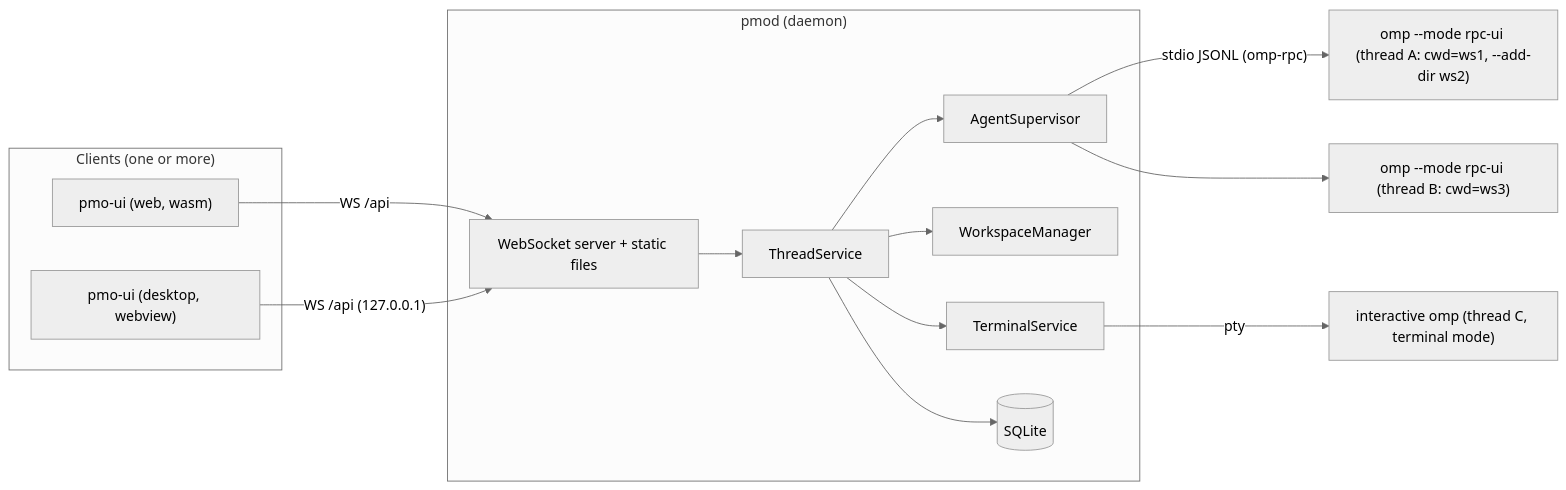
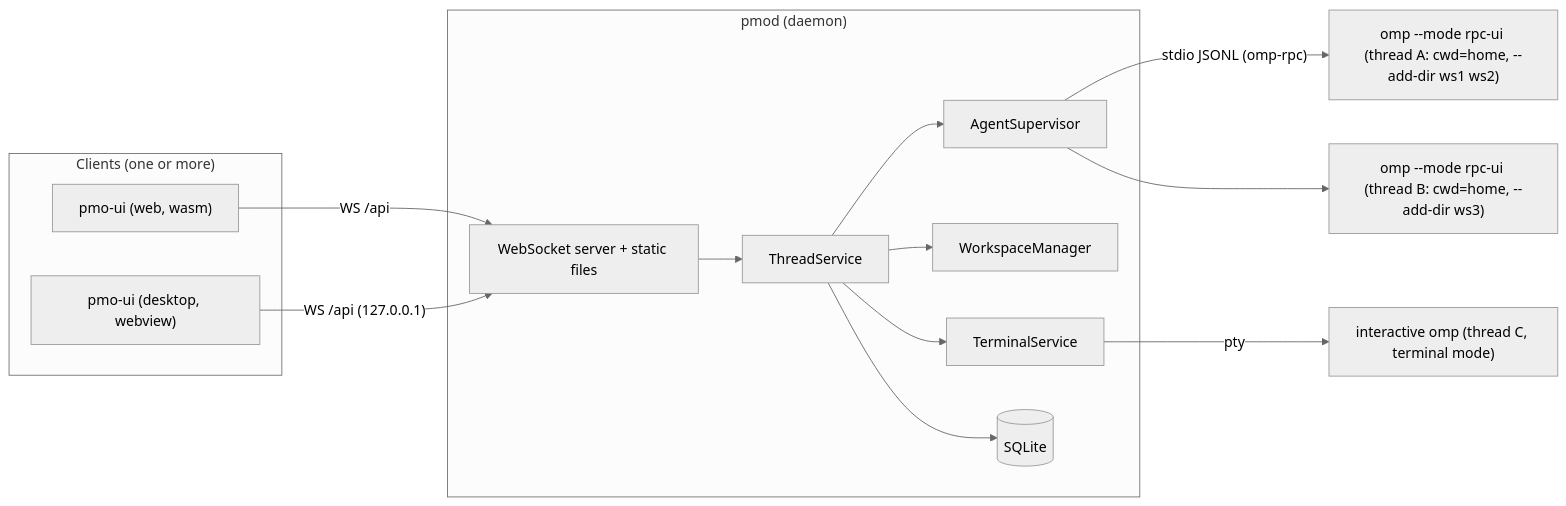
Before and after one commit to TonioGela/omfp: the second of 3 diagrams in docs/specs/00-overview.md, drawn with Mermaid (neutral theme). The commit also changed other lines of this file and 7 other files, not shown here.

Commit message:
docs(specs): record thread home cwd, network exposure and bundled omp decisions

````diff
--- a/docs/specs/00-overview.md
+++ b/docs/specs/00-overview.md
@@ -49,23 +47,23 @@
 ```mermaid
 flowchart LR
   subgraph client["Clients (one or more)"]
     W["pmo-ui (web, wasm)"]
     D["pmo-ui (desktop, webview)"]
   end
   subgraph pmod["pmod (daemon)"]
     WS[WebSocket server + static files]
     TS[ThreadService]
     SUP[AgentSupervisor]
     WK[WorkspaceManager]
     PTY[TerminalService]
     DB[(SQLite)]
   end
   W -- "WS /api" --> WS
   D -- "WS /api (127.0.0.1)" --> WS
   WS --> TS
   TS --> SUP & WK & DB
   TS --> PTY
-  SUP -- "stdio JSONL (omp-rpc)" --> O1["omp --mode rpc-ui (thread A: cwd=ws1, --add-dir ws2)"]
-  SUP --> O2["omp --mode rpc-ui (thread B: cwd=ws3)"]
+  SUP -- "stdio JSONL (omp-rpc)" --> O1["omp --mode rpc-ui (thread A: cwd=home, --add-dir ws1 ws2)"]
+  SUP --> O2["omp --mode rpc-ui (thread B: cwd=home, --add-dir ws3)"]
   PTY -- "pty" --> OTERM["interactive omp (thread C, terminal mode)"]
 ```
````
